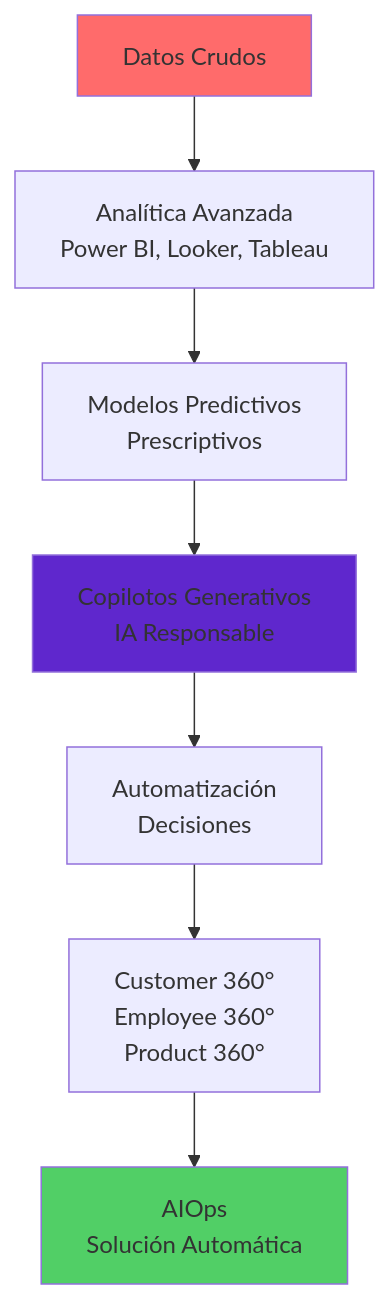
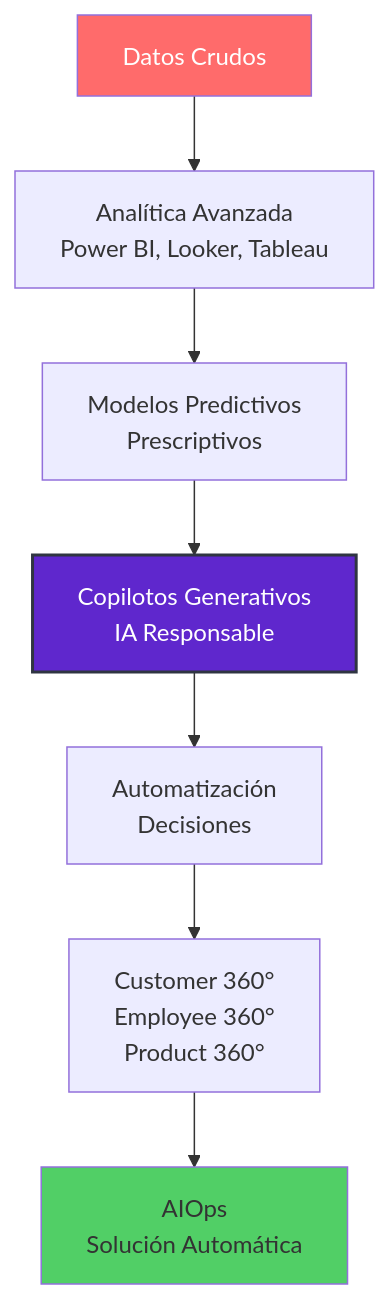
Before and after one commit to arielmmdx/offering: the ninth of 17 diagrams in readme.md, drawn with Mermaid. The commit also changed other lines of this file, not shown here.

````diff
--- a/readme.md
+++ b/readme.md
@@ -440,13 +440,13 @@
 ```mermaid
 flowchart TD
     A[Datos Crudos] --> B[Analítica Avanzada<br/>Power BI, Looker, Tableau]
     B --> C[Modelos Predictivos<br/>Prescriptivos]
     C --> D[Copilotos Generativos<br/>IA Responsable]
     D --> E[Automatización<br/>Decisiones]
     E --> F[Customer 360°<br/>Employee 360°<br/>Product 360°]
     F --> G[AIOps<br/>Solución Automática]
     
-    style A fill:#ff6b6b
-    style D fill:#5f27cd
+    style A fill:#ff6b6b,color:#fff
+    style D fill:#5f27cd,stroke:#2f3542,stroke-width:2px,color:#fff
     style G fill:#51cf66
 ```
````
